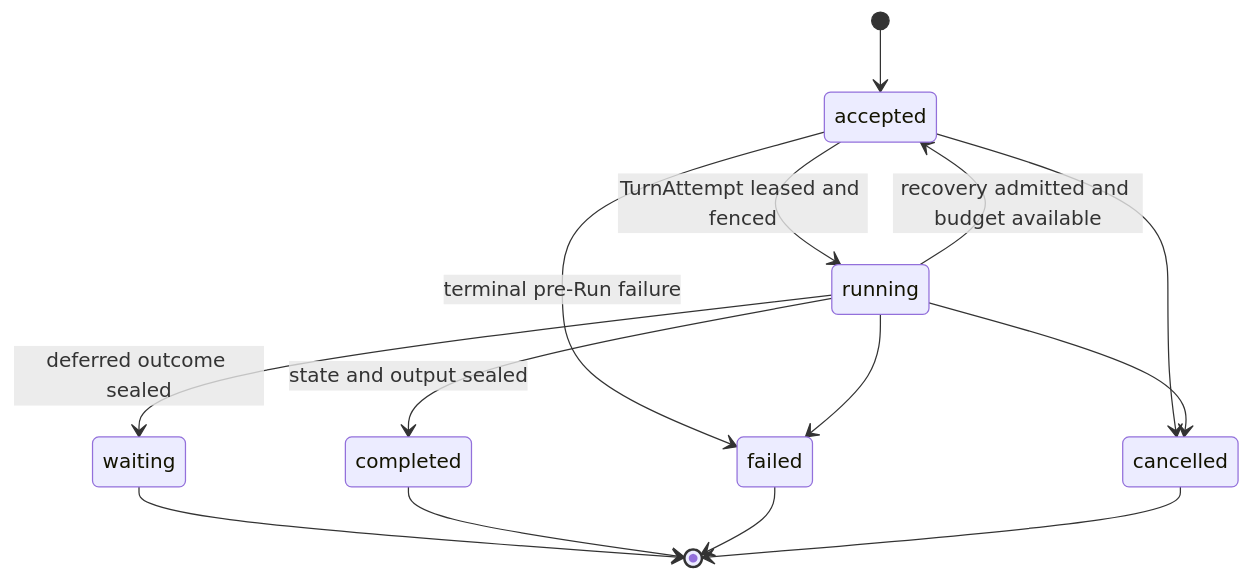
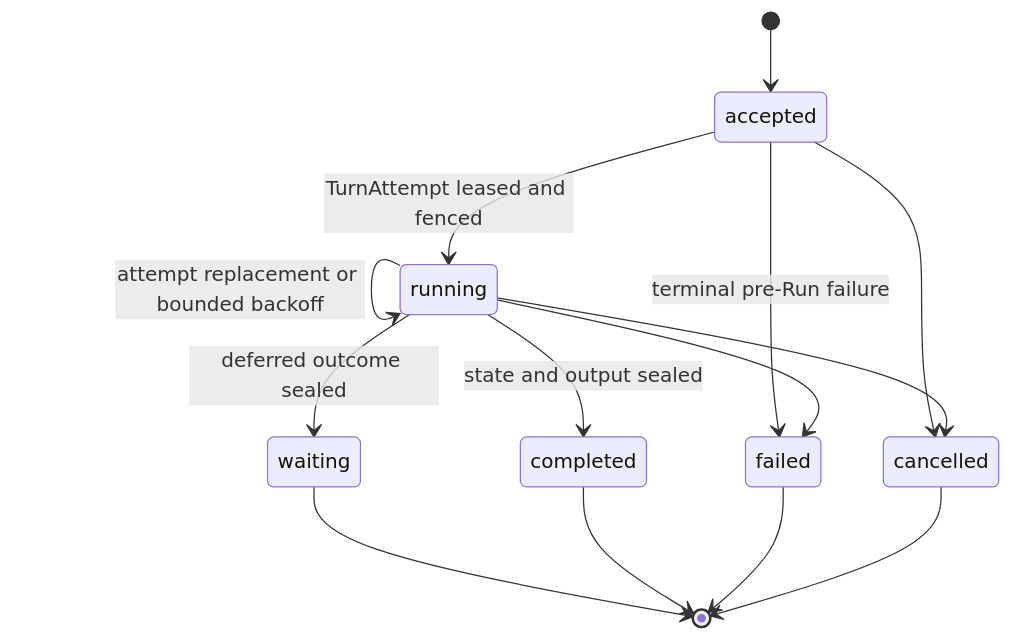
The first of 4 diagrams in spec/foundation-service/14-turn-persistence.md (LTThreeComma/agent-foundation), drawn with Mermaid before and after one commit. The commit also changed other lines of this file and 21 other files, not shown here.

````diff
--- a/spec/foundation-service/14-turn-persistence.md
+++ b/spec/foundation-service/14-turn-persistence.md
@@ -282,16 +304,16 @@
 ```mermaid
 stateDiagram-v2
     [*] --> accepted
     accepted --> running: TurnAttempt leased and fenced
     accepted --> failed: terminal pre-Run failure
     accepted --> cancelled
-    running --> accepted: recovery admitted and budget available
+    running --> running: attempt replacement or bounded backoff
     running --> waiting: deferred outcome sealed
     running --> completed: state and output sealed
     running --> failed
     running --> cancelled
     waiting --> [*]
     completed --> [*]
     failed --> [*]
     cancelled --> [*]
 ```
````
